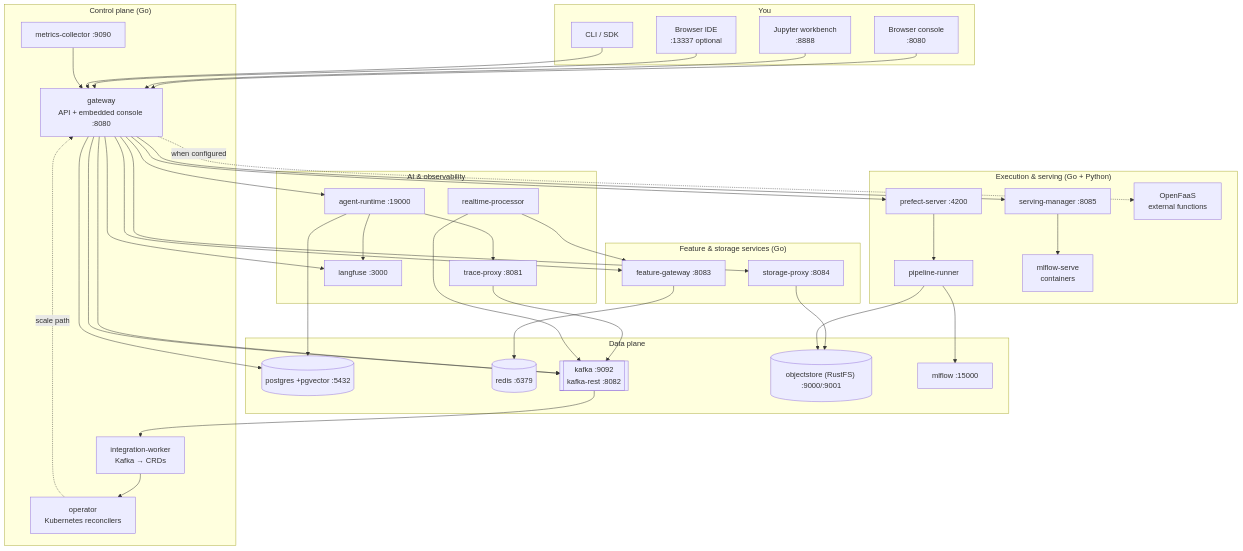
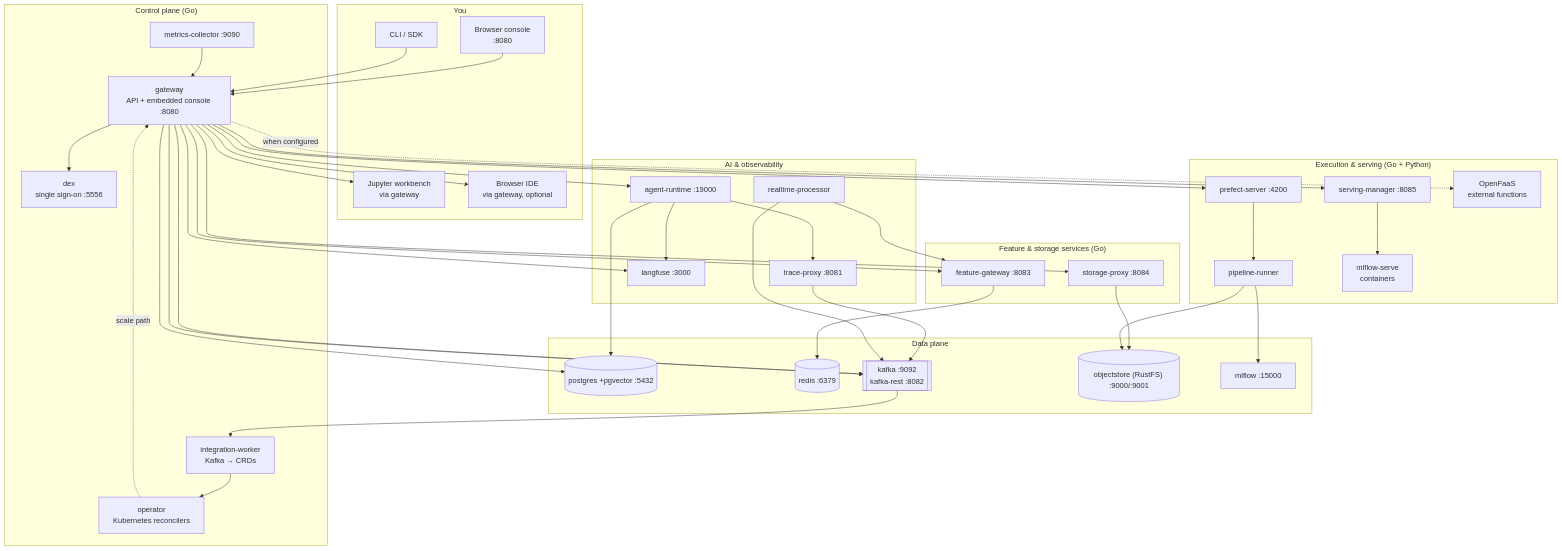
The diagram in docs/overview/architecture.md (kiongahq/docs), drawn with Mermaid before and after one commit. The commit also changed other lines of this file and 15 other files, not shown here.

````diff
--- a/docs/overview/architecture.md
+++ b/docs/overview/architecture.md
@@ -10,66 +10,68 @@
 ```mermaid
 flowchart TB
     subgraph you["You"]
         browser["Browser console<br/>:8080"]
-        nb["Jupyter workbench<br/>:8888"]
-        ide["Browser IDE<br/>:13337 optional"]
+        nb["Jupyter workbench<br/>via gateway"]
+        ide["Browser IDE<br/>via gateway, optional"]
         cli["CLI / SDK"]
     end
 
     subgraph control["Control plane (Go)"]
         gw["gateway<br/>API + embedded console :8080"]
+        dex["dex<br/>single sign-on :5556"]
         op["operator<br/>Kubernetes reconcilers"]
         mc["metrics-collector :9090"]
         iw["integration-worker<br/>Kafka → CRDs"]
     end
 
     subgraph exec["Execution & serving (Go + Python)"]
         prefect["prefect-server :4200"]
         runner["pipeline-runner"]
         sm["serving-manager :8085"]
         serve["mlflow-serve<br/>containers"]
         fn["OpenFaaS<br/>external functions"]
     end
 
     subgraph ai["AI & observability"]
         ar["agent-runtime :19000"]
         tp["trace-proxy :8081"]
         lf["langfuse :3000"]
         rt["realtime-processor"]
     end
 
     subgraph dataplane["Data plane"]
         pg[("postgres +pgvector :5432")]
         redis[("redis :6379")]
         kafka[["kafka :9092<br/>kafka-rest :8082"]]
         objectstore[("objectstore (RustFS) :9000/:9001")]
         mlflow["mlflow :15000"]
     end
 
     subgraph edge["Feature & storage services (Go)"]
         fg["feature-gateway :8083"]
         sp["storage-proxy :8084"]
     end
 
     browser --> gw
-    nb --> gw
-    ide --> gw
+    gw --> dex
+    gw --> nb
+    gw --> ide
     cli --> gw
     gw --> prefect --> runner --> mlflow
     gw --> sm --> serve
     gw -. when configured .-> fn
     gw --> ar --> tp --> kafka
     gw --> sp --> objectstore
     gw --> fg --> redis
     gw --> lf
     runner --> objectstore
     ar --> pg
     ar --> lf
     rt --> kafka
     rt --> fg
     mc --> gw
     gw --> pg
     gw --> kafka
     gw --> kafka --> iw --> op
     op -. scale path .-> gw
 ```
````
